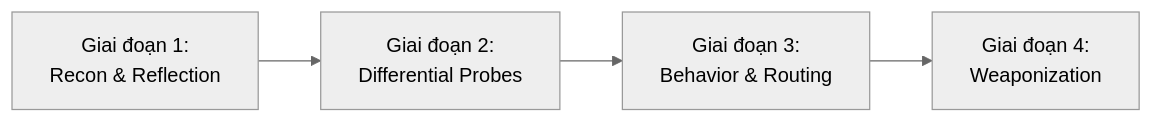
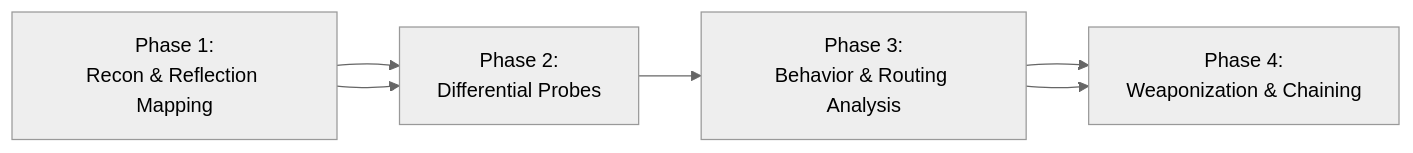
Before and after one commit to k0z1l/k0z1l.github.io: the second of 4 diagrams in content/writeups/portswigger-http-host-header-attack/_index.md, drawn with Mermaid (neutral theme). The commit also changed other lines of this file, not shown here.

````diff
--- a/content/writeups/portswigger-http-host-header-attack/_index.md
+++ b/content/writeups/portswigger-http-host-header-attack/_index.md
@@ -95,6 +104,6 @@
 ```mermaid
 flowchart LR
-    P1["Giai đoạn 1:<br/>Recon & Reflection"] --> P2["Giai đoạn 2:<br/>Differential Probes"]
-    P2 --> P3["Giai đoạn 3:<br/>Behavior & Routing"]
-    P3 --> P4["Giai đoạn 4:<br/>Weaponization"]
+    P1["Phase 1:<br/>Recon & Reflection Mapping"] --> P2["Phase 2:<br/>Differential Probes"]
+    P3["Phase 3:<br/>Behavior & Routing Analysis"] --> P4["Phase 4:<br/>Weaponization & Chaining"]
+    P1 --> P2 --> P3 --> P4
 ```
````
